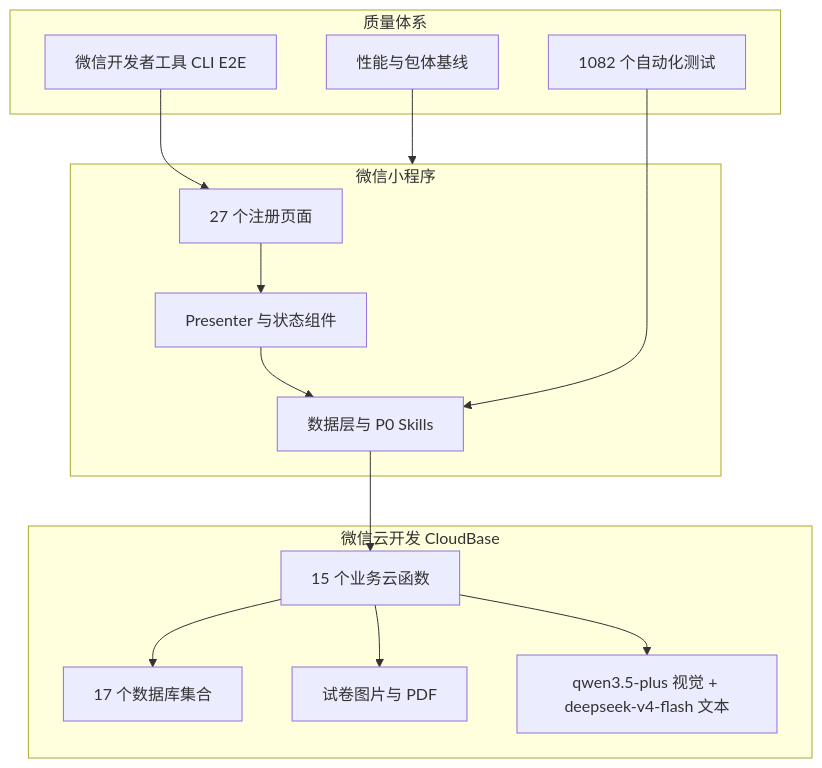
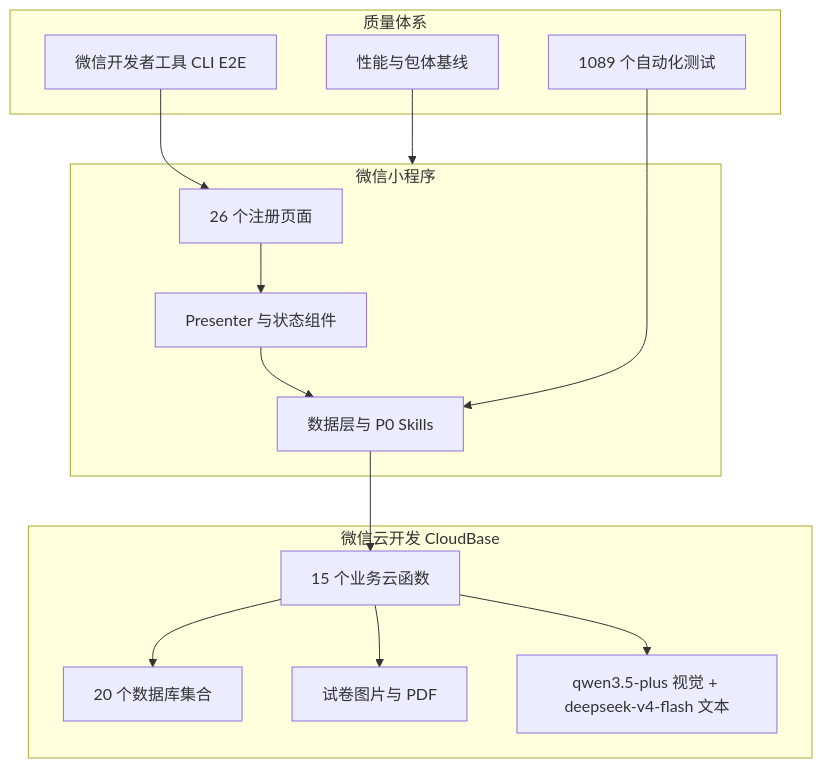
One commit to davyzhong/miniprogram-learning-diagnostic changed the second of 2 diagrams in README.md. Above: the diagram before and after it, drawn with Mermaid. The commit also changed other lines of this file and 45 other files, not shown here.

````diff
--- a/README.md
+++ b/README.md
@@ -173,26 +173,26 @@
 ```mermaid
 flowchart TB
     subgraph Client[微信小程序]
-      Pages[27 个注册页面]
+      Pages[26 个注册页面]
       Presenters[Presenter 与状态组件]
       Services[数据层与 P0 Skills]
     end
     subgraph Cloud[微信云开发 CloudBase]
       Functions[15 个业务云函数]
-      Database[17 个数据库集合]
+      Database[20 个数据库集合]
       Storage[试卷图片与 PDF]
       AI[qwen3.5-plus 视觉 + deepseek-v4-flash 文本]
     end
     subgraph Quality[质量体系]
-      Unit[1082 个自动化测试]
+      Unit[1089 个自动化测试]
       CLI[微信开发者工具 CLI E2E]
       Perf[性能与包体基线]
     end
     Pages --> Presenters --> Services --> Functions
     Functions --> Database
     Functions --> Storage
     Functions --> AI
     Unit --> Services
     CLI --> Pages
     Perf --> Client
 ```
````
